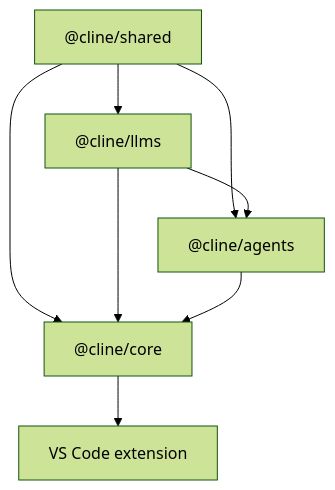
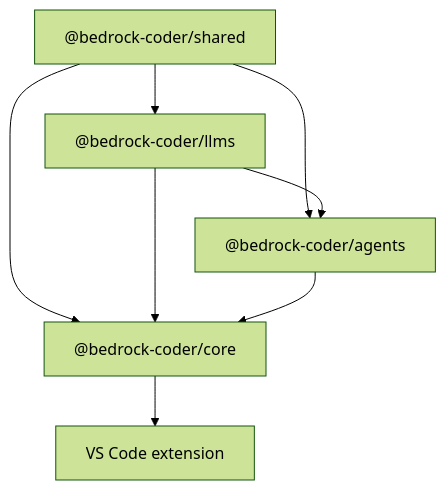
One commit to cline/cline changed the diagram in sdk/AGENTS.md. Above: the diagram before and after it, drawn with Mermaid (forest theme). The commit also changed other lines of this file and 927 other files, not shown here.

Commit message:
refactor: rebrand and clean up Bedrock Coder

````diff
--- a/sdk/AGENTS.md
+++ b/sdk/AGENTS.md
@@ -28,7 +28,7 @@
 ```mermaid
 flowchart TD
-  shared["@cline/shared"] --> llms["@cline/llms"] & agents["@cline/agents"] & core["@cline/core"]
+  shared["@bedrock-coder/shared"] --> llms["@bedrock-coder/llms"] & agents["@bedrock-coder/agents"] & core["@bedrock-coder/core"]
   llms --> agents & core
   agents --> core
   core --> vscode["VS Code extension"]
 ```
````
